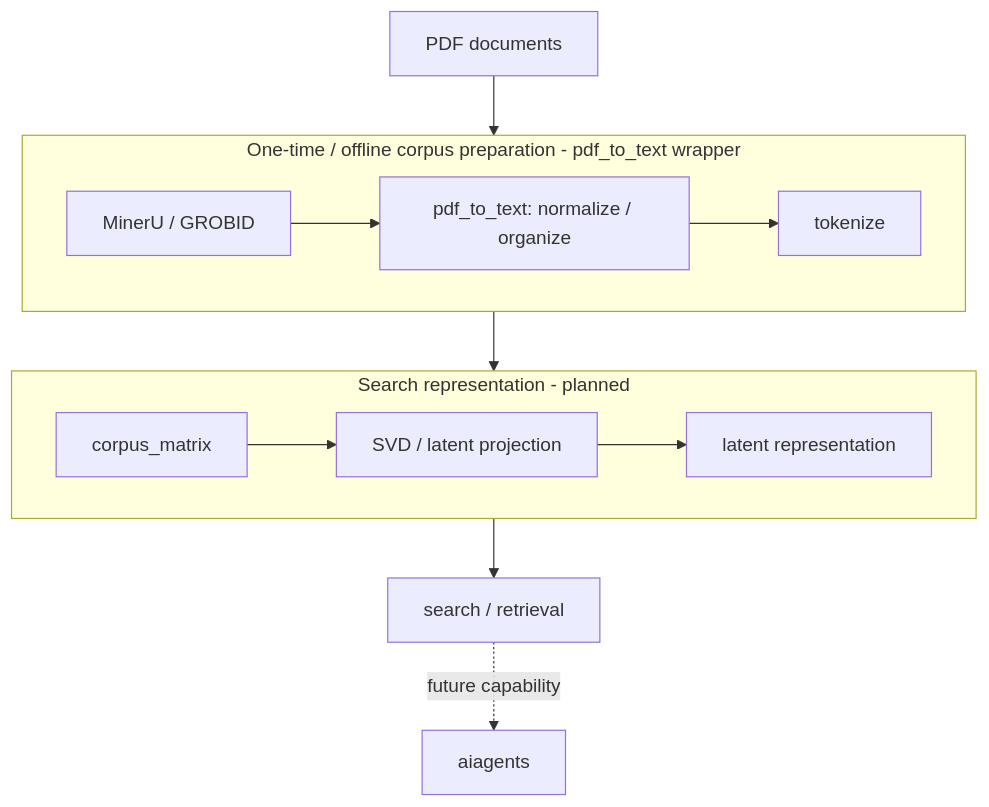
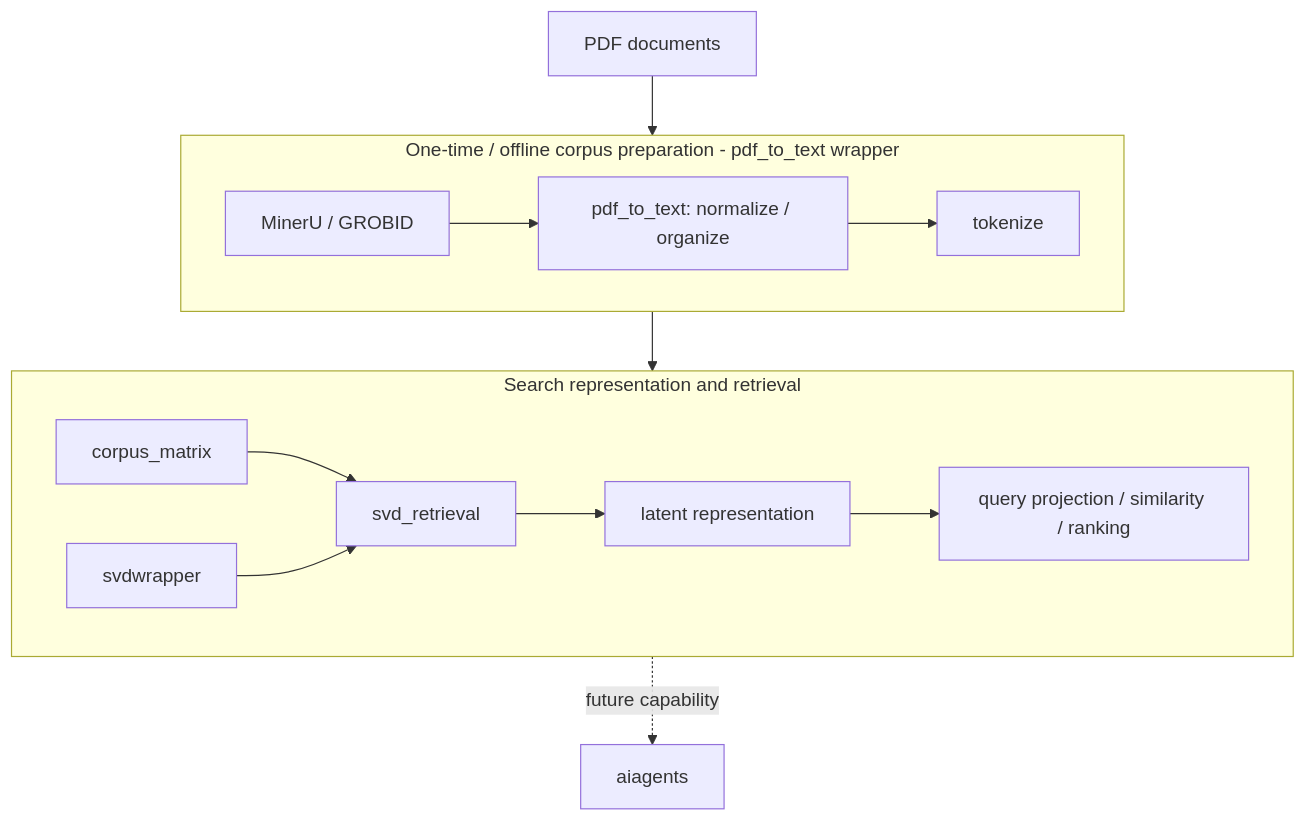
One commit to witold-k/witold-k changed the third of 6 diagrams in README.md. Above: the diagram before and after it, drawn with Mermaid. The commit also changed other lines of this file, not shown here.

Commit message:
add svd_retrieval to profile overview

````diff
--- a/README.md
+++ b/README.md
@@ -48,20 +49,22 @@
 ```mermaid
 flowchart TB
     PDF[PDF documents]
 
     subgraph PREP[One-time / offline corpus preparation - pdf_to_text wrapper]
         direction LR
         BACKENDS[MinerU / GROBID] --> CONVERT[pdf_to_text: normalize / organize]
         CONVERT --> TOKENS[tokenize]
     end
 
-    subgraph SEARCH[Search representation - planned]
+    subgraph SEARCH[Search representation and retrieval]
         direction LR
-        MATRIX[corpus_matrix] --> LSA[SVD / latent projection] --> LATENT[latent representation]
+        MATRIX[corpus_matrix] --> RETRIEVAL[svd_retrieval]
+        SVD[svdwrapper] --> RETRIEVAL
+        RETRIEVAL --> LATENT[latent representation]
+        LATENT --> RETRIEVE[query projection / similarity / ranking]
     end
 
     PDF --> BACKENDS
     TOKENS --> MATRIX
-    LATENT --> RETRIEVE[search / retrieval]
     RETRIEVE -.->|future capability| AGENT[aiagents]
 ```
````
